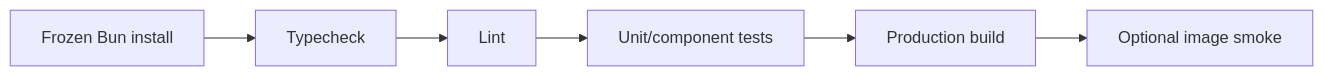
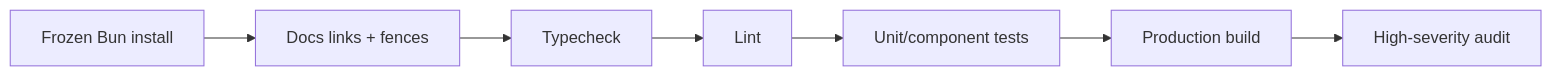
Before and after one commit to migangdelzar/emme-web: the diagram in docs/architecture/04-delivery/ci.md, drawn with Mermaid. The commit also changed other lines of this file and 8 other files, not shown here.

````diff
--- a/docs/architecture/04-delivery/ci.md
+++ b/docs/architecture/04-delivery/ci.md
@@ -5,8 +5,9 @@
 ```mermaid
 flowchart LR
-    Install["Frozen Bun install"] --> Types["Typecheck"]
+    Install["Frozen Bun install"] --> Docs["Docs links + fences"]
+    Docs --> Types["Typecheck"]
     Types --> Lint["Lint"]
     Lint --> Unit["Unit/component tests"]
     Unit --> Build["Production build"]
-    Build --> Image["Optional image smoke"]
+    Build --> Audit["High-severity audit"]
 ```
````
